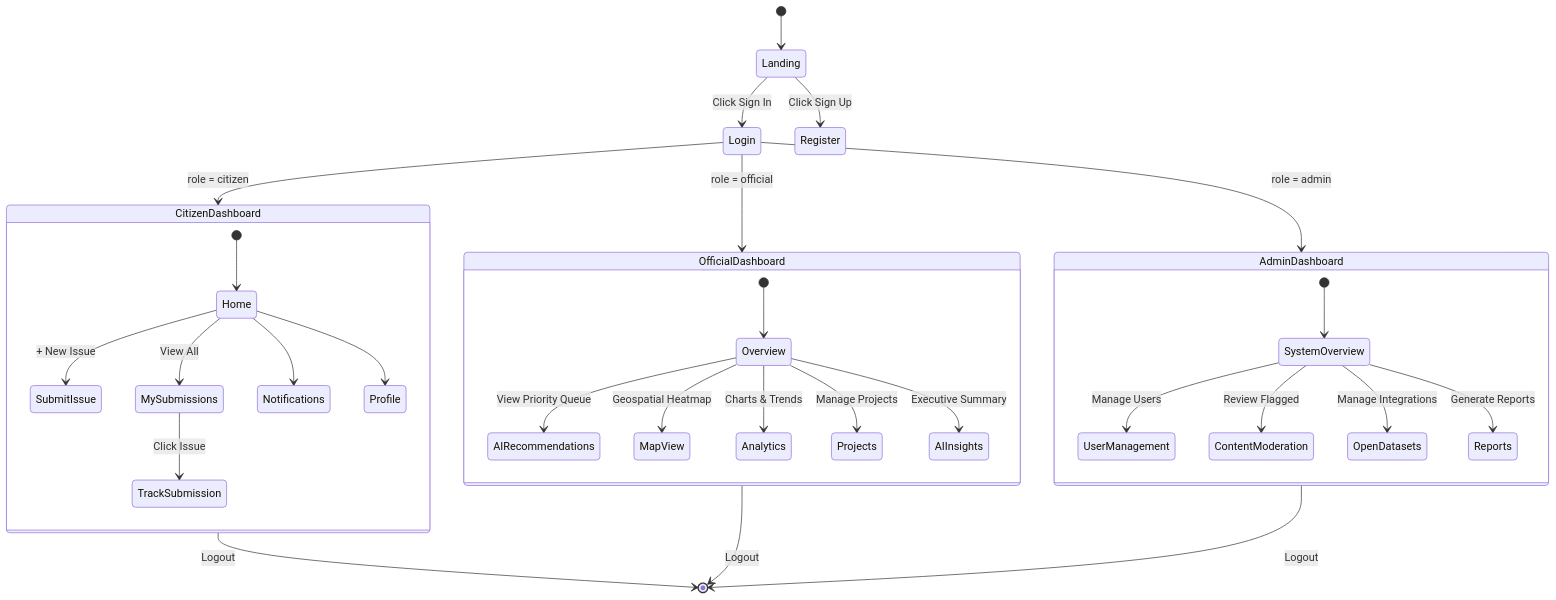
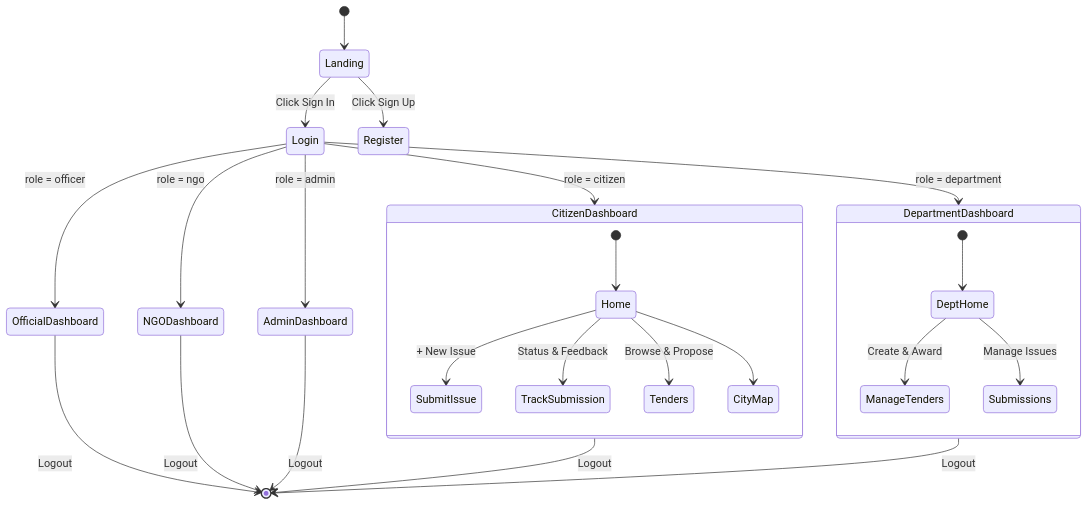
One commit to suryanshsingh07/JanVikas-Ai changed the third of 4 diagrams in README.md. Above: the diagram before and after it, drawn with Mermaid. The commit also changed other lines of this file and 68 other files, not shown here.

````diff
--- a/README.md
+++ b/README.md
@@ -193,40 +159,32 @@
 ```mermaid
 stateDiagram-v2
     [*] --> Landing
     Landing --> Login: Click Sign In
     Landing --> Register: Click Sign Up
     
     Login --> CitizenDashboard: role = citizen
-    Login --> OfficialDashboard: role = official
+    Login --> OfficialDashboard: role = officer
+    Login --> DepartmentDashboard: role = department
+    Login --> NGODashboard: role = ngo
     Login --> AdminDashboard: role = admin
     
     state CitizenDashboard {
         [*] --> Home
         Home --> SubmitIssue: + New Issue
-        Home --> MySubmissions: View All
-        MySubmissions --> TrackSubmission: Click Issue
-        Home --> Notifications
-        Home --> Profile
+        Home --> TrackSubmission: Status & Feedback
+        Home --> Tenders: Browse & Propose
+        Home --> CityMap
     }
     
-    state OfficialDashboard {
-        [*] --> Overview
-        Overview --> AIRecommendations: View Priority Queue
-        Overview --> MapView: Geospatial Heatmap
-        Overview --> Analytics: Charts & Trends
-        Overview --> Projects: Manage Projects
-        Overview --> AIInsights: Executive Summary
-    }
-    
-    state AdminDashboard {
-        [*] --> SystemOverview
-        SystemOverview --> UserManagement: Manage Users
-        SystemOverview --> ContentModeration: Review Flagged
-        SystemOverview --> OpenDatasets: Manage Integrations
-        SystemOverview --> Reports: Generate Reports
+    state DepartmentDashboard {
+        [*] --> DeptHome
+        DeptHome --> ManageTenders: Create & Award
+        DeptHome --> Submissions: Manage Issues
     }
     
     CitizenDashboard --> [*]: Logout
     OfficialDashboard --> [*]: Logout
+    DepartmentDashboard --> [*]: Logout
+    NGODashboard --> [*]: Logout
     AdminDashboard --> [*]: Logout
 ```
````
